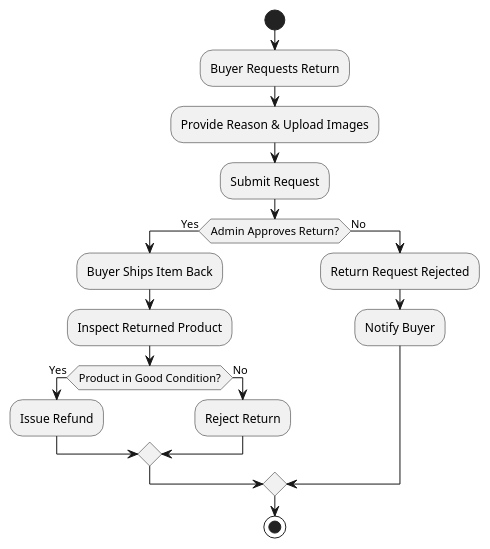
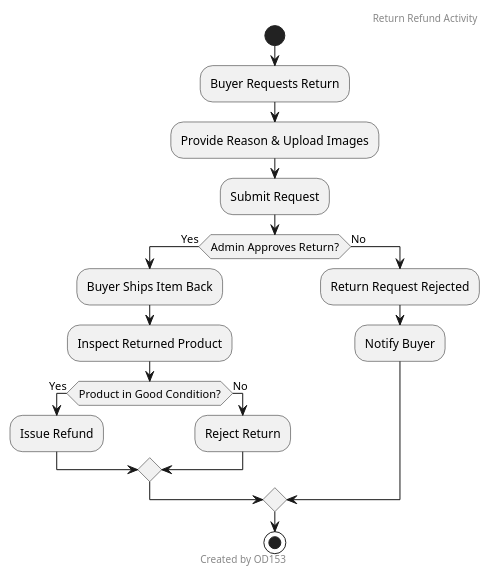
Before and after one commit to donassis/e-commerce: the diagram in uml/activity/return-refund-activity.puml, drawn with PlantUML. The commit also changed 91 other files, not shown here.

Commit message:
updated diagrams with headers and footers

```diff
--- a/uml/activity/return-refund-activity.puml
+++ b/uml/activity/return-refund-activity.puml
@@ -1,19 +1,21 @@
 @startuml
+header Return Refund Activity
+footer Created by OD153
 start
 :Buyer Requests Return;
 :Provide Reason & Upload Images;
 :Submit Request;
 if (Admin Approves Return?) then (Yes)
     :Buyer Ships Item Back;
     :Inspect Returned Product;
     if (Product in Good Condition?) then (Yes)
         :Issue Refund;
     else (No)
         :Reject Return;
     endif
 else (No)
     :Return Request Rejected;
     :Notify Buyer;
 endif
 stop
 @enduml
```
